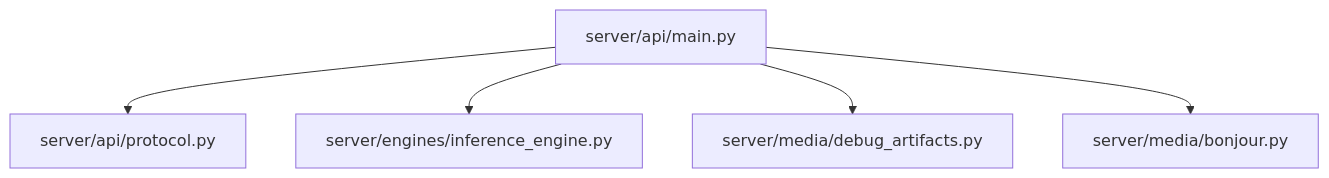
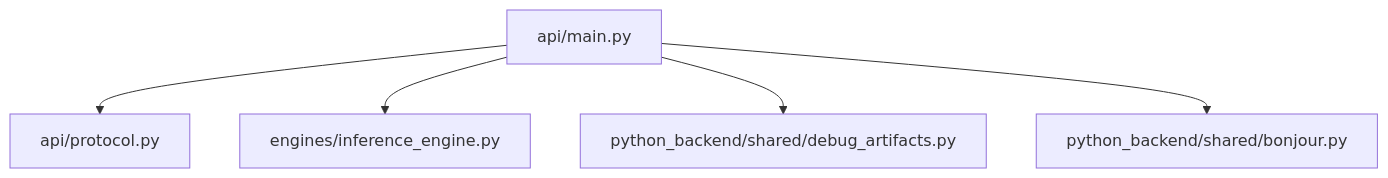
Before and after one commit to chiimagnus/LonelyPianist: the fourth of 4 diagrams in docs/architecture.md, drawn with Mermaid. The commit also changed other lines of this file and 1 other file, not shown here.

Commit message:
docs: 修正 Python 后端路径引用

````diff
--- a/docs/architecture.md
+++ b/docs/architecture.md
@@ -94,7 +94,7 @@
 ```mermaid
 flowchart TD
-  API[server/api/main.py] --> PROTO[server/api/protocol.py]
-  API --> ENGINE[server/engines/inference_engine.py]
-  API --> DBG[server/media/debug_artifacts.py]
-  API --> BONJOUR[server/media/bonjour.py]
+  API[api/main.py] --> PROTO[api/protocol.py]
+  API --> ENGINE[engines/inference_engine.py]
+  API --> DBG[python_backend/shared/debug_artifacts.py]
+  API --> BONJOUR[python_backend/shared/bonjour.py]
 ```
````
